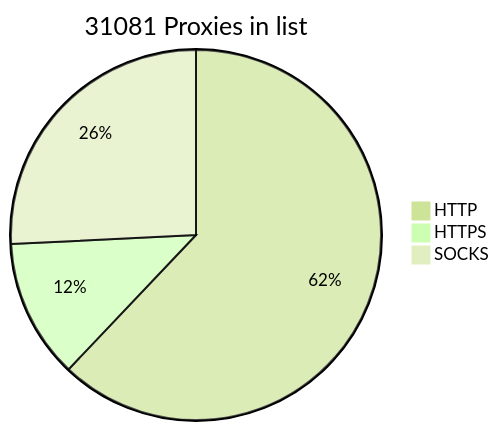
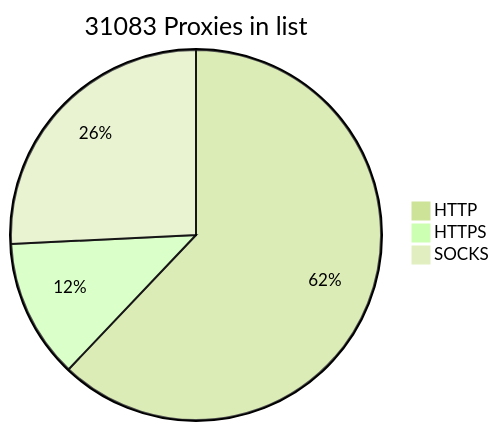
The diagram in README.md (BlackSnowDot/proxylist-update-every-minute), drawn with Mermaid (forest theme) before and after one commit.

````diff
--- a/README.md
+++ b/README.md
@@ -2,6 +2,6 @@
 ```mermaid
-pie title 31081 Proxies in list
-    "HTTP" : 21218
-    "HTTPS": 4151
+pie title 31083 Proxies in list
+    "HTTP" : 21221
+    "HTTPS": 4152
     "SOCKS" : 8812
 ```
````
